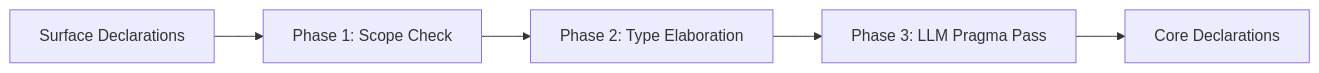
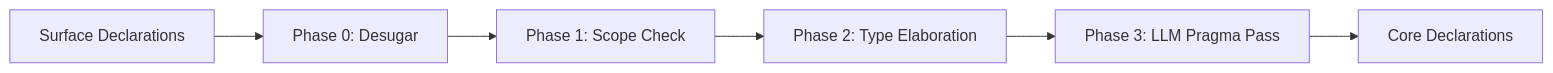
Before and after one commit to emliunix/bub: the second of 3 diagrams in systemf/docs/architecture/overview.md, drawn with Mermaid. The commit also changed other lines of this file and 2 other files, not shown here.

First line of the commit message:
docs(systemf): Update architecture documentation for multi-pass elaborator

````diff
--- a/systemf/docs/architecture/overview.md
+++ b/systemf/docs/architecture/overview.md
@@ -138,7 +153,8 @@
 ```mermaid
 graph LR
-    SD[Surface Declarations] --> P1[Phase 1: Scope Check]
+    SD[Surface Declarations] --> P0[Phase 0: Desugar]
+    P0 --> P1[Phase 1: Scope Check]
     P1 --> P2[Phase 2: Type Elaboration]
     P2 --> P3[Phase 3: LLM Pragma Pass]
     P3 --> CD[Core Declarations]
 ```
````
